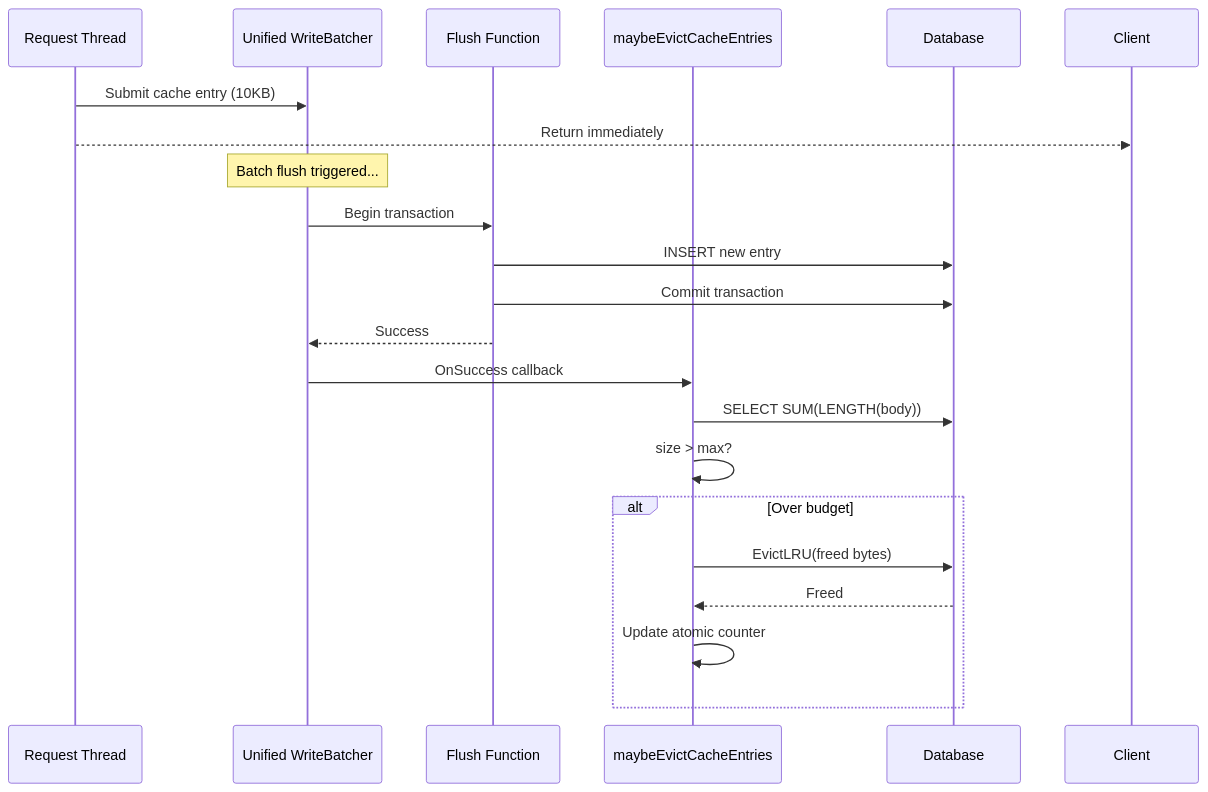
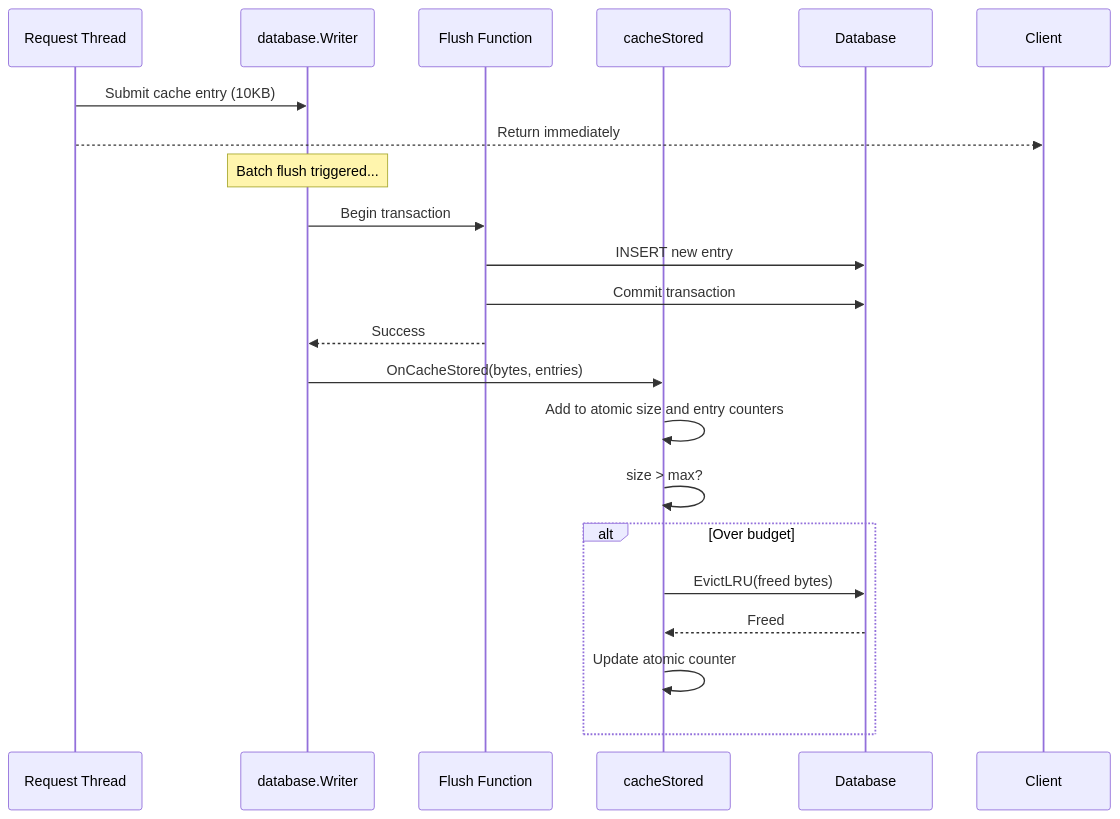
Diagram 12 of 20 in docs/ARCHITECTURE.md (lbe/sfpg-go), drawn with Mermaid before and after one commit. The commit also changed other lines of this file and 241 other files, not shown here.

````diff
--- a/docs/ARCHITECTURE.md
+++ b/docs/ARCHITECTURE.md
@@ -1192,27 +1234,27 @@
 ```mermaid
 sequenceDiagram
     participant Req as Request Thread
-    participant Batcher as Unified WriteBatcher
+    participant Batcher as database.Writer
     participant Flush as Flush Function
-    participant Evict as maybeEvictCacheEntries
+    participant Evict as cacheStored
     participant DB as Database
 
     Req->>Batcher: Submit cache entry (10KB)
     Req-->>Client: Return immediately
 
     Note over Batcher: Batch flush triggered...
 
     Batcher->>Flush: Begin transaction
     Flush->>DB: INSERT new entry
     Flush->>DB: Commit transaction
     Flush-->>Batcher: Success
 
-    Batcher->>Evict: OnSuccess callback
-    Evict->>DB: SELECT SUM(LENGTH(body))
+    Batcher->>Evict: OnCacheStored(bytes, entries)
+    Evict->>Evict: Add to atomic size and entry counters
     Evict->>Evict: size > max?
     alt Over budget
         Evict->>DB: EvictLRU(freed bytes)
         DB-->>Evict: Freed
         Evict->>Evict: Update atomic counter
     end
 ```
````
